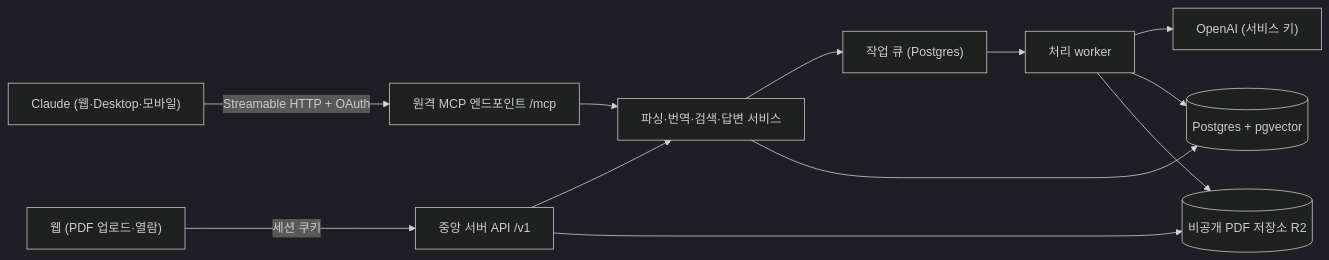
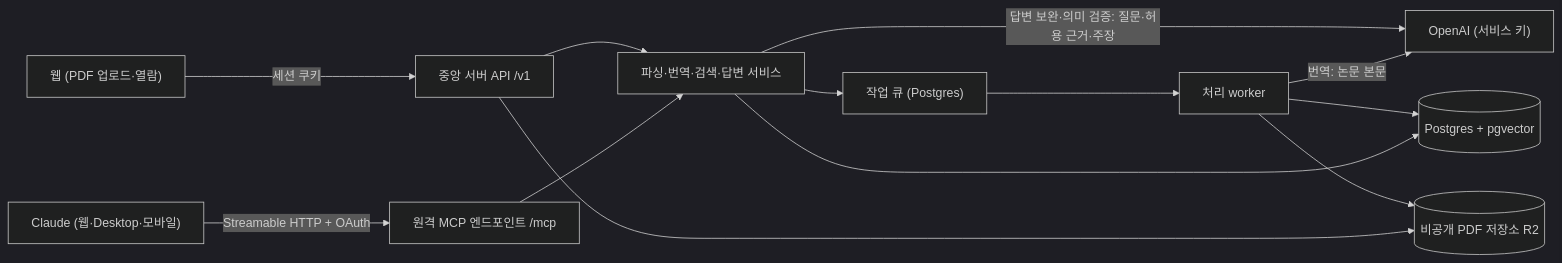
Before and after one commit to soogwon/soloLevelingPaper: the diagram in doc/architecture/25-remote-mcp-transition.md, drawn with Mermaid (dark theme). The commit also changed other lines of this file, not shown here.

````diff
--- a/doc/architecture/25-remote-mcp-transition.md
+++ b/doc/architecture/25-remote-mcp-transition.md
@@ -16,14 +19,15 @@
 ```mermaid
 flowchart LR
     Host["Claude (웹·Desktop·모바일)"] -->|"Streamable HTTP + OAuth"| MCP["원격 MCP 엔드포인트 /mcp"]
     Browser["웹 (PDF 업로드·열람)"] -->|"세션 쿠키"| API["중앙 서버 API /v1"]
     MCP --> App["파싱·번역·검색·답변 서비스"]
     API --> App
     App --> Queue["작업 큐 (Postgres)"]
     Queue --> Worker["처리 worker"]
-    Worker --> OpenAI["OpenAI (서비스 키)"]
+    Worker -->|"번역: 논문 본문"| OpenAI["OpenAI (서비스 키)"]
+    App -->|"답변 보완·의미 검증: 질문·허용 근거·주장"| OpenAI
     App --> PG[("Postgres + pgvector")]
     Worker --> PG
     API --> R2[("비공개 PDF 저장소 R2")]
     Worker --> R2
 ```
````
